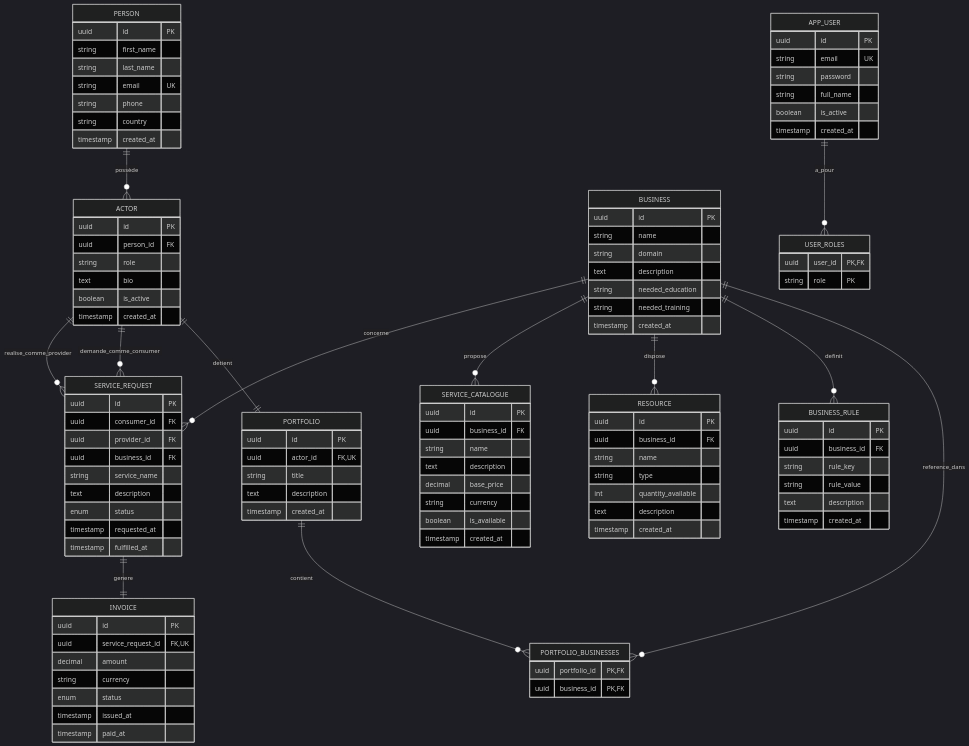
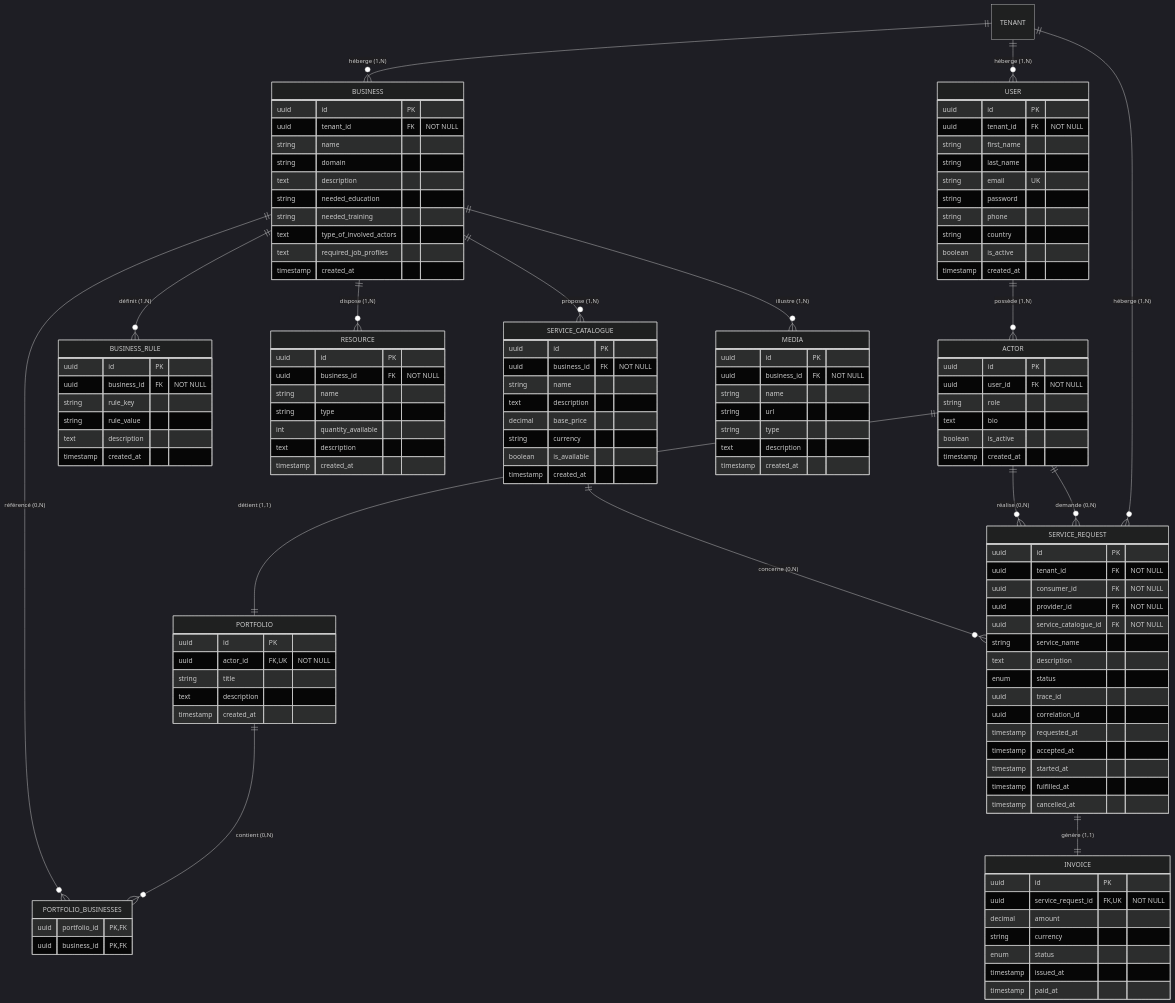
The diagram in backend/docs/MCD.md (Chris-Manuelpipo/bizcore), drawn with Mermaid (dark theme) before and after one commit. The commit also changed other lines of this file and 48 other files, not shown here.

First line of the commit message:
refactor: fusion Person+AppUser→User, refonte MCD, nouvelles migrations 015-019

````diff
--- a/backend/docs/MCD.md
+++ b/backend/docs/MCD.md
@@ -199,49 +203,59 @@
 ```mermaid
 erDiagram
-    PERSON ||--o{ ACTOR : possède
-    PERSON {
+    TENANT ||--o{ USER : "héberge (1,N)"
+    TENANT ||--o{ BUSINESS : "héberge (1,N)"
+    TENANT ||--o{ SERVICE_REQUEST : "héberge (1,N)"
+
+    USER ||--o{ ACTOR : "possède (1,N)"
+    USER {
         uuid id PK
+        uuid tenant_id FK "NOT NULL"
         string first_name
         string last_name
         string email UK
+        string password
         string phone
         string country
+        boolean is_active
         timestamp created_at
     }
 
-    ACTOR ||--|| PORTFOLIO : detient
-    ACTOR ||--o{ SERVICE_REQUEST : demande_comme_consumer
-    ACTOR ||--o{ SERVICE_REQUEST : realise_comme_provider
+    ACTOR ||--|| PORTFOLIO : "détient (1,1)"
+    ACTOR ||--o{ SERVICE_REQUEST : "demande (0,N)"
+    ACTOR ||--o{ SERVICE_REQUEST : "réalise (0,N)"
     ACTOR {
         uuid id PK
-        uuid person_id FK
+        uuid user_id FK "NOT NULL"
         string role
         text bio
         boolean is_active
         timestamp created_at
     }
 
-    PORTFOLIO ||--o{ PORTFOLIO_BUSINESSES : contient
+    PORTFOLIO ||--o{ PORTFOLIO_BUSINESSES : "contient (0,N)"
     PORTFOLIO {
         uuid id PK
-        uuid actor_id FK,UK
+        uuid actor_id FK,UK "NOT NULL"
         string title
         text description
         timestamp created_at
     }
 
-    BUSINESS ||--o{ PORTFOLIO_BUSINESSES : reference_dans
-    BUSINESS ||--o{ BUSINESS_RULE : definit
-    BUSINESS ||--o{ RESOURCE : dispose
-    BUSINESS ||--o{ SERVICE_CATALOGUE : propose
-    BUSINESS ||--o{ SERVICE_REQUEST : concerne
+    BUSINESS ||--o{ PORTFOLIO_BUSINESSES : "référencé (0,N)"
+    BUSINESS ||--o{ BUSINESS_RULE : "définit (1,N)"
+    BUSINESS ||--o{ RESOURCE : "dispose (1,N)"
+    BUSINESS ||--o{ SERVICE_CATALOGUE : "propose (1,N)"
+    BUSINESS ||--o{ MEDIA : "illustre (1,N)"
     BUSINESS {
         uuid id PK
+        uuid tenant_id FK "NOT NULL"
         string name
         string domain
         text description
         string needed_education
         string needed_training
+        text type_of_involved_actors
+        text required_job_profiles
         timestamp created_at
     }
 
@@ -252,7 +266,7 @@
 
     BUSINESS_RULE {
         uuid id PK
-        uuid business_id FK
+        uuid business_id FK "NOT NULL"
         string rule_key
         string rule_value
         text description
@@ -261,7 +275,7 @@
 
     RESOURCE {
         uuid id PK
-        uuid business_id FK
+        uuid business_id FK "NOT NULL"
         string name
         string type
         int quantity_available
@@ -269,9 +283,10 @@
         timestamp created_at
     }
 
+    SERVICE_CATALOGUE ||--o{ SERVICE_REQUEST : "concerne (0,N)"
     SERVICE_CATALOGUE {
         uuid id PK
-        uuid business_id FK
+        uuid business_id FK "NOT NULL"
         string name
         text description
         decimal base_price
@@ -280,41 +295,42 @@
         timestamp created_at
     }
 
-    SERVICE_REQUEST ||--|| INVOICE : genere
+    SERVICE_REQUEST ||--|| INVOICE : "génère (1,1)"
     SERVICE_REQUEST {
         uuid id PK
-        uuid consumer_id FK
-        uuid provider_id FK
-        uuid business_id FK
+        uuid tenant_id FK "NOT NULL"
+        uuid consumer_id FK "NOT NULL"
+        uuid provider_id FK "NOT NULL"
+        uuid service_catalogue_id FK "NOT NULL"
         string service_name
         text description
         enum status
+        uuid trace_id
+        uuid correlation_id
         timestamp requested_at
+        timestamp accepted_at
+        timestamp started_at
         timestamp fulfilled_at
+        timestamp cancelled_at
+    }
+
+    MEDIA {
+        uuid id PK
+        uuid business_id FK "NOT NULL"
+        string name
+        string url
+        string type
+        text description
+        timestamp created_at
     }
 
     INVOICE {
         uuid id PK
-        uuid service_request_id FK,UK
+        uuid service_request_id FK,UK "NOT NULL"
         decimal amount
         string currency
         enum status
         timestamp issued_at
         timestamp paid_at
     }
-
-    APP_USER ||--o{ USER_ROLES : a_pour
-    APP_USER {
-        uuid id PK
-        string email UK
-        string password
-        string full_name
-        boolean is_active
-        timestamp created_at
-    }
-
-    USER_ROLES {
-        uuid user_id PK,FK
-        string role PK
-    }
 ```
````
